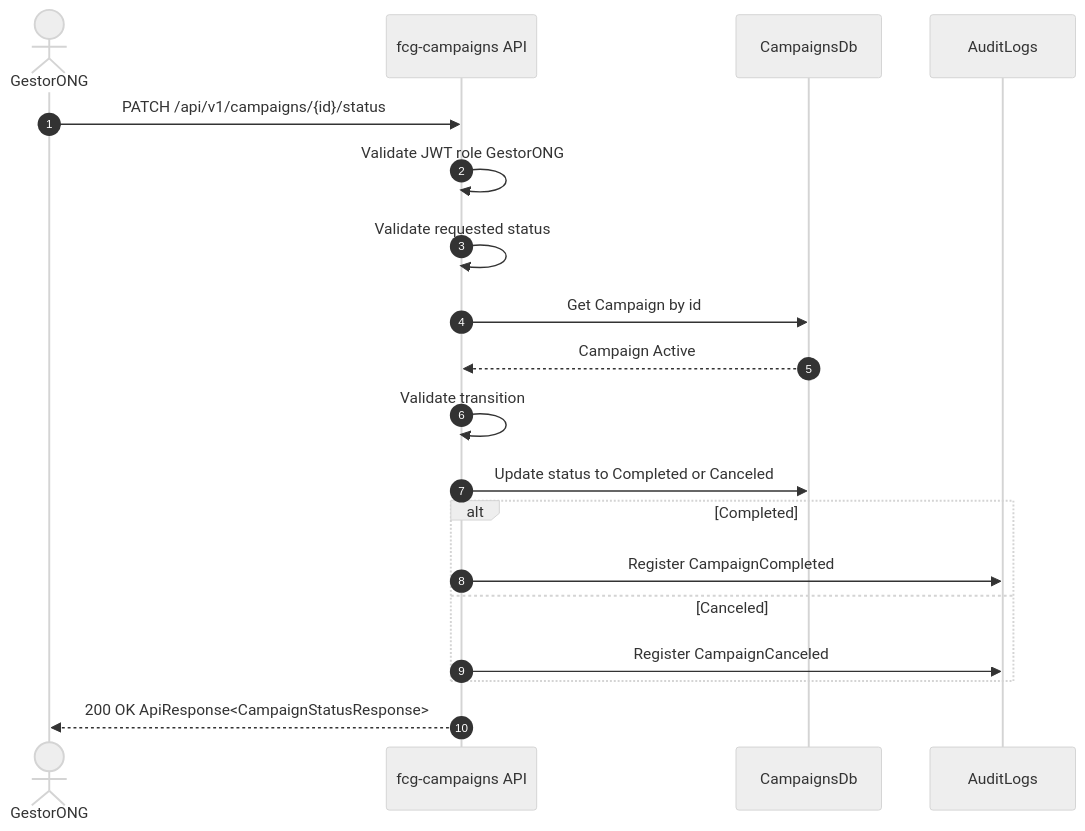
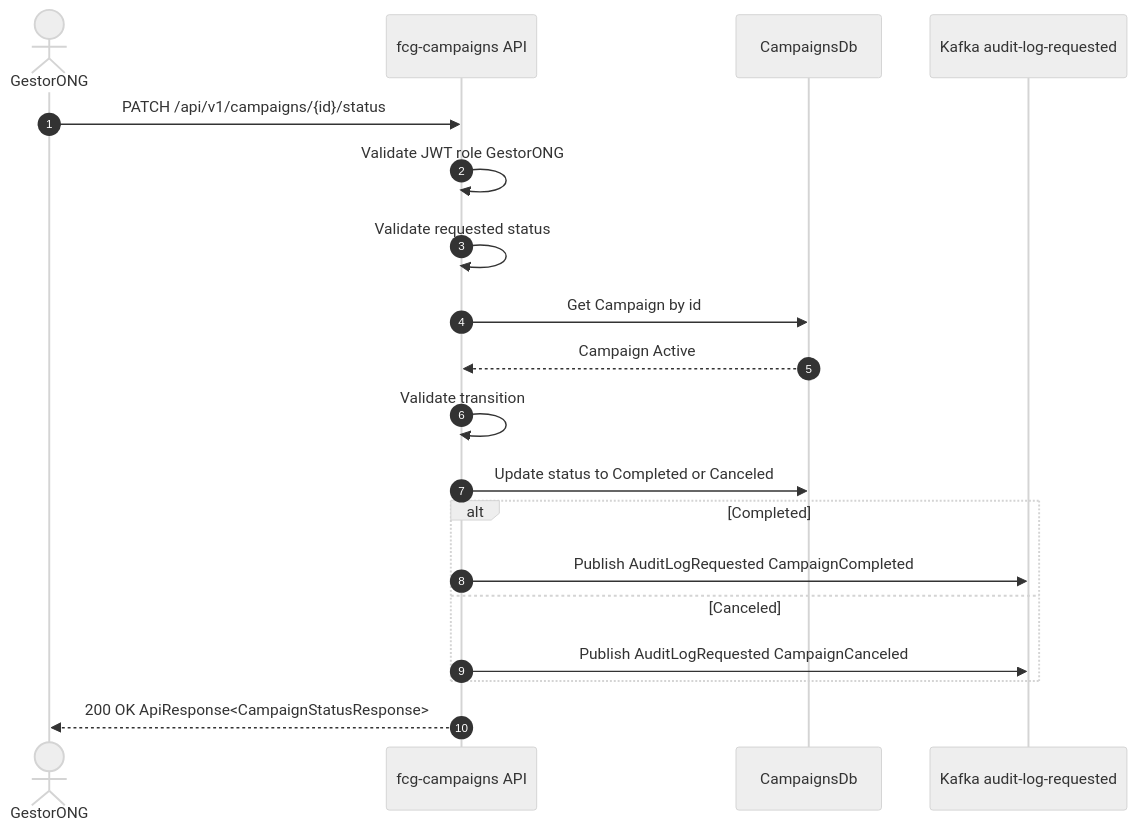
One commit to group10-tc-01/fcs-fase05-docs changed diagram 13 of 30 in architecture/endpoint-flows.md. Above: the diagram before and after it, drawn with Mermaid (neutral theme). The commit also changed other lines of this file and 15 other files, not shown here.

````diff
--- a/architecture/endpoint-flows.md
+++ b/architecture/endpoint-flows.md
@@ -256,22 +256,22 @@
 ```mermaid
 sequenceDiagram
     autonumber
     actor Manager as GestorONG
     participant CampaignsApi as fcg-campaigns API
     participant CampaignsDb as CampaignsDb
-    participant Audit as AuditLogs
+    participant AuditKafka as Kafka audit-log-requested
 
     Manager->>CampaignsApi: PATCH /api/v1/campaigns/{id}/status
     CampaignsApi->>CampaignsApi: Validate JWT role GestorONG
     CampaignsApi->>CampaignsApi: Validate requested status
     CampaignsApi->>CampaignsDb: Get Campaign by id
     CampaignsDb-->>CampaignsApi: Campaign Active
     CampaignsApi->>CampaignsApi: Validate transition
     CampaignsApi->>CampaignsDb: Update status to Completed or Canceled
     alt Completed
-        CampaignsApi->>Audit: Register CampaignCompleted
+        CampaignsApi->>AuditKafka: Publish AuditLogRequested CampaignCompleted
     else Canceled
-        CampaignsApi->>Audit: Register CampaignCanceled
+        CampaignsApi->>AuditKafka: Publish AuditLogRequested CampaignCanceled
     end
     CampaignsApi-->>Manager: 200 OK ApiResponse<CampaignStatusResponse>
 ```
````
